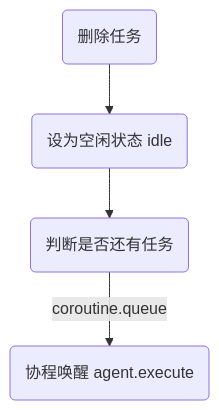
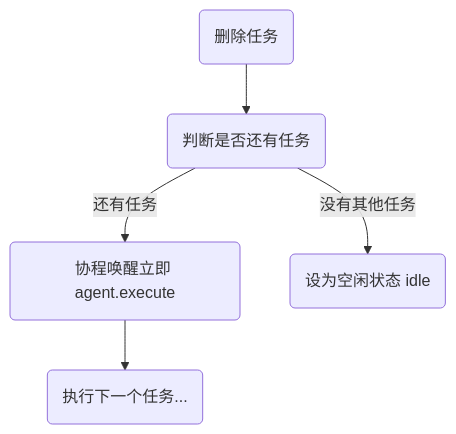
Before and after one commit to huuhghhgyg/Container-Terminal-Simulation: the third of 4 diagrams in docs/agent-template.md, drawn with Mermaid. The commit also changed other lines of this file and 2 other files, not shown here.

````diff
--- a/docs/agent-template.md
+++ b/docs/agent-template.md
@@ -30,9 +32,11 @@
 ```mermaid
 graph
 deltask(删除任务)
-invoke(协程唤醒 agent.execute)
+invoke(协程唤醒立即 agent.execute)
+execute_next(执行下一个任务...)
 idle(设为空闲状态 idle)
 has_task(判断是否还有任务)
 
-deltask-->idle-->has_task-->|coroutine.queue|invoke
+deltask-->has_task-->|没有其他任务|idle
+has_task-->|还有任务|invoke-->execute_next
 ```
````
